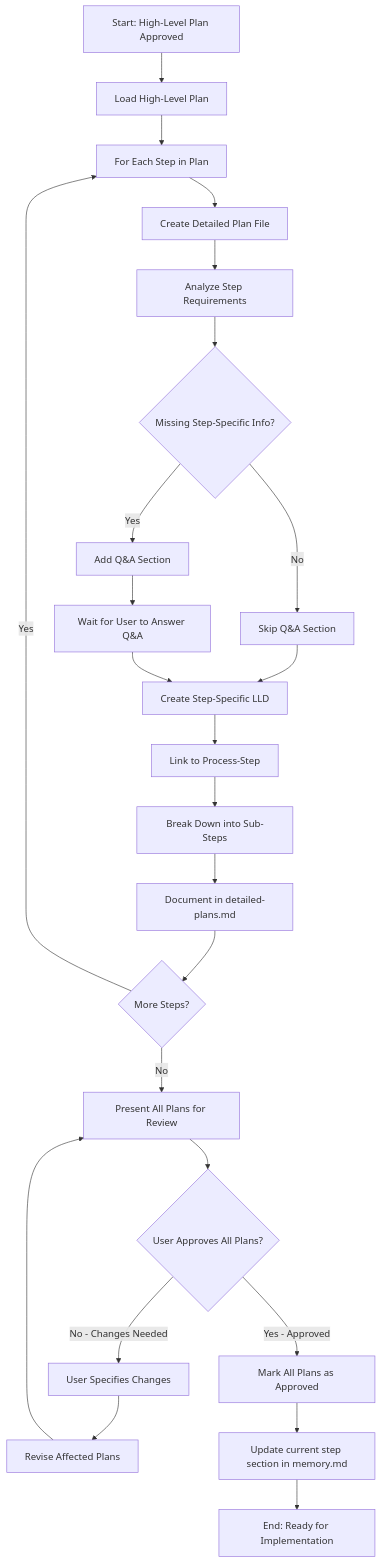
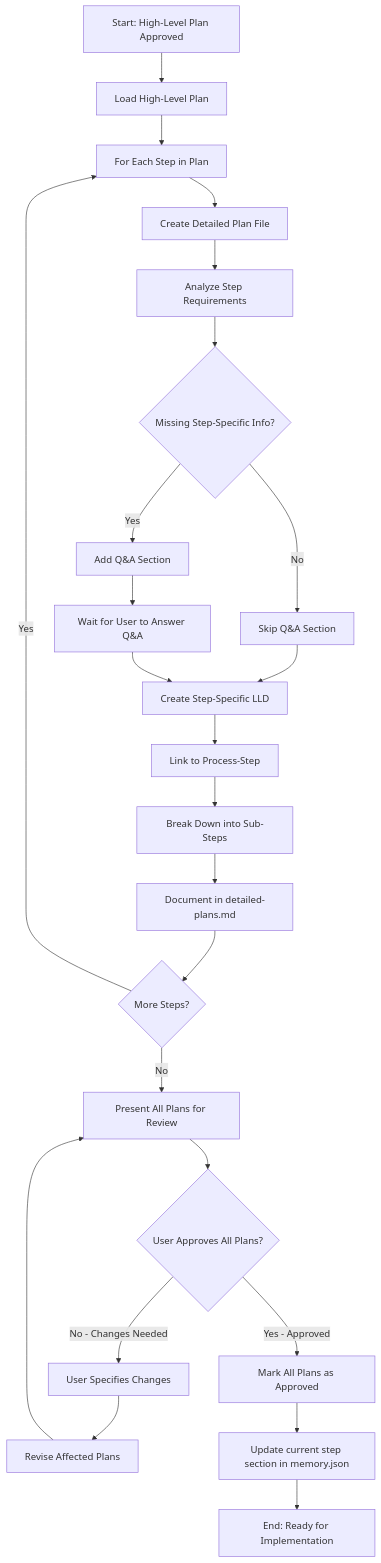
The diagram in .processes/steps/planning/create-detailed-step-plans.md (HMTools/agentic-processes), drawn with Mermaid before and after one commit. The commit also changed other lines of this file and 77 other files, not shown here.

First line of the commit message:
Transforms to JSON-first agent architecture

````diff
--- a/.processes/steps/planning/create-detailed-step-plans.md
+++ b/.processes/steps/planning/create-detailed-step-plans.md
@@ -33,26 +33,26 @@
 ```mermaid
 flowchart TD
     A[Start: High-Level Plan Approved] --> B[Load High-Level Plan]
     B --> C[For Each Step in Plan]
     C --> D[Create Detailed Plan File]
     D --> E[Analyze Step Requirements]
     E --> F{Missing Step-Specific Info?}
     F -->|Yes| G[Add Q&A Section]
     F -->|No| H[Skip Q&A Section]
     G --> I[Wait for User to Answer Q&A]
     H --> J[Create Step-Specific LLD]
     I --> J
     J --> K[Link to Process-Step]
     K --> L[Break Down into Sub-Steps]
     L --> M[Document in detailed-plans.md]
     M --> N{More Steps?}
     N -->|Yes| C
     N -->|No| O[Present All Plans for Review]
     O --> P{User Approves All Plans?}
     P -->|No - Changes Needed| Q[User Specifies Changes]
     Q --> R[Revise Affected Plans]
     R --> O
     P -->|Yes - Approved| S[Mark All Plans as Approved]
-    S --> T[Update current step section in memory.md]
+    S --> T[Update current step section in memory.json]
     T --> U[End: Ready for Implementation]
 ```
````
